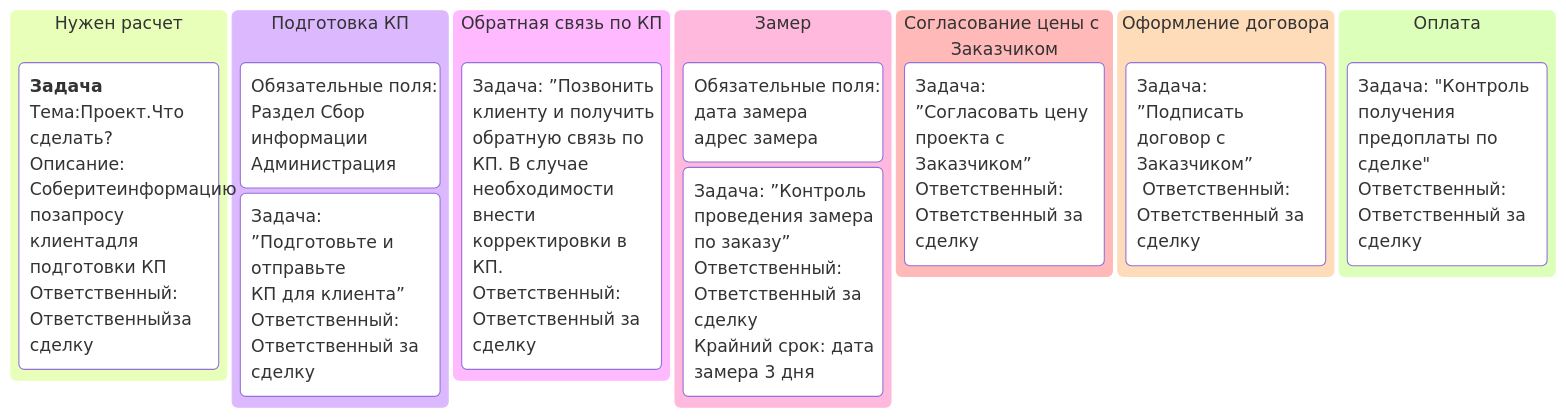
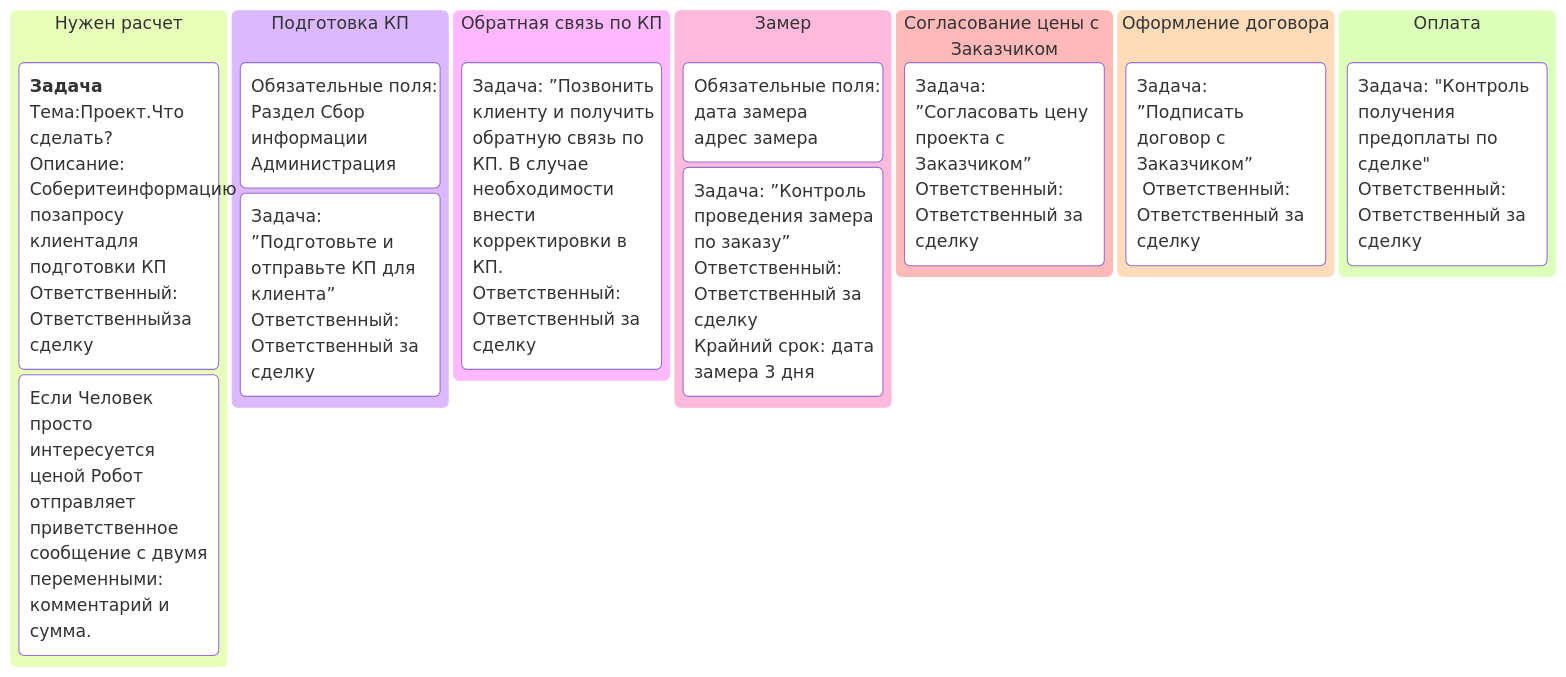
One commit to NazarovKI/knowledge changed the third of 3 diagrams in content/processing.md. Above: the diagram before and after it, drawn with Mermaid. The commit also changed other lines of this file, not shown here.

````diff
--- a/content/processing.md
+++ b/content/processing.md
@@ -42,21 +42,21 @@
 ```mermaid
 kanban
   column1[Нужен расчет]
     task1[**Задача**<br>Тема:Проект.Что сделать?<br>Описание: Соберитеинформацию позапросу клиентадля подготовки КП <br>Ответственный: Ответственныйза сделку]
+    task2[Если Человек просто интересуется ценой Робот отправляет приветственное сообщение с двумя переменными: комментарий и сумма. ]
   column2[Подготовка КП]
     task1[Обязательные поля:<br>Раздел Сбор информации<br>Администрация]
-    task2[Задача: ”Подготовьте и отправьте
-КП для клиента” Ответственный: Ответственный за сделку]
+    task2[Задача: ”Подготовьте и отправьте КП для клиента” Ответственный: Ответственный за сделку]
   column3[Обратная связь по КП]
     task1[Задача: ”Позвонить клиенту и получить обратную связь по КП. В случае необходимости внести
 корректировки в КП. Ответственный: Ответственный за сделку]
   column4[Замер]
     task1[Обязательные поля: <br>дата замера <br>адрес замера]
     task2[Задача: ”Контроль проведения замера по заказу”<br>Ответственный: Ответственный за сделку<br>Крайний срок: дата замера 3 дня]
   column 5[Согласование цены с Заказчиком]
     task1[Задача: ”Согласовать цену проекта с Заказчиком”<br>Ответственный: Ответственный за сделку]
   column6[Оформление договора]
     task1[Задача: ”Подписать договор с Заказчиком”<br> Ответственный: Ответственный за сделку]
   column7[Оплата]
     task1[Задача: "Контроль получения предоплаты по сделке"<br>Ответственный: Ответственный за сделку]
 ```
````
